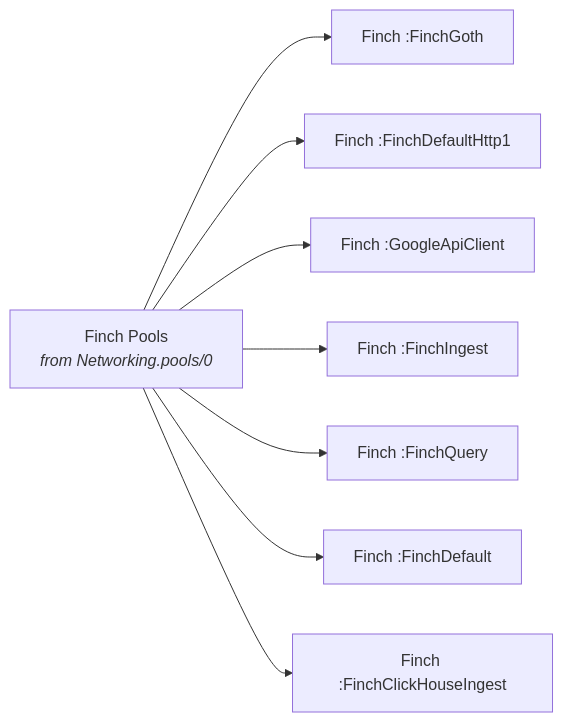
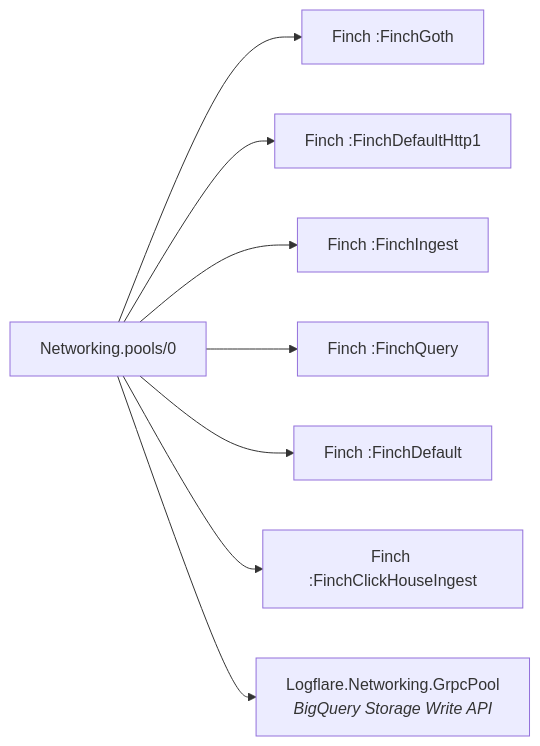
Before and after one commit to djwhitt/logflare: the second of 8 diagrams in docs/runtime/index.md, drawn with Mermaid. The commit also changed other lines of this file and 3 other files, not shown here.

````diff
--- a/docs/runtime/index.md
+++ b/docs/runtime/index.md
@@ -97,11 +97,11 @@
 ```mermaid
 graph LR
-    FinchPools["Finch Pools<br/><i>from Networking.pools/0</i>"]
-    FinchPools --> FinchGoth["Finch :FinchGoth"]
-    FinchPools --> FinchHttp1["Finch :FinchDefaultHttp1"]
-    FinchPools --> FinchGoogleApi["Finch :GoogleApiClient"]
-    FinchPools --> FinchIngest["Finch :FinchIngest"]
-    FinchPools --> FinchQuery["Finch :FinchQuery"]
-    FinchPools --> FinchDefault["Finch :FinchDefault"]
-    FinchPools --> FinchCH["Finch :FinchClickHouseIngest"]
+    Pools["Networking.pools/0"]
+    Pools --> FinchGoth["Finch :FinchGoth"]
+    Pools --> FinchHttp1["Finch :FinchDefaultHttp1"]
+    Pools --> FinchIngest["Finch :FinchIngest"]
+    Pools --> FinchQuery["Finch :FinchQuery"]
+    Pools --> FinchDefault["Finch :FinchDefault"]
+    Pools --> FinchCH["Finch :FinchClickHouseIngest"]
+    Pools --> GrpcPool["Logflare.Networking.GrpcPool<br/><i>BigQuery Storage Write API</i>"]
 ```
````
